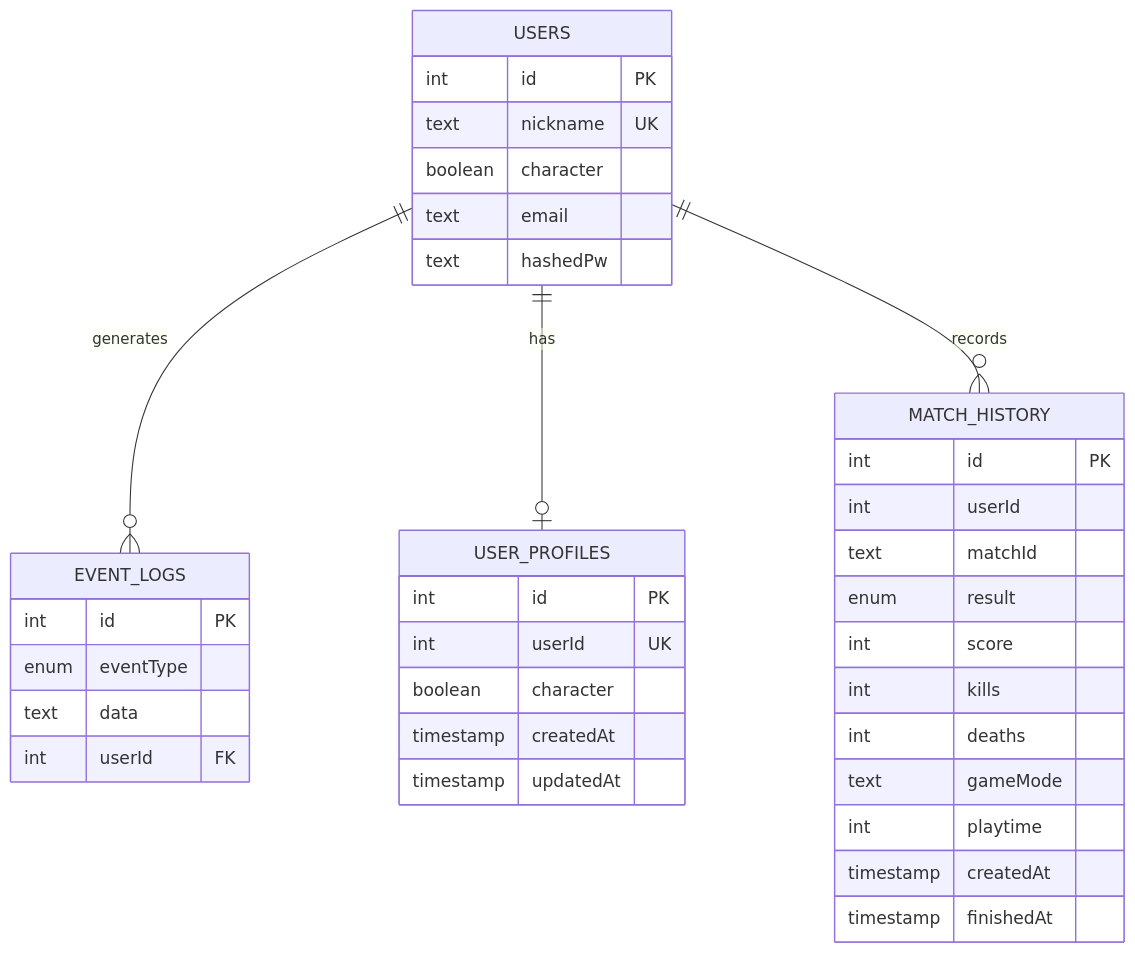
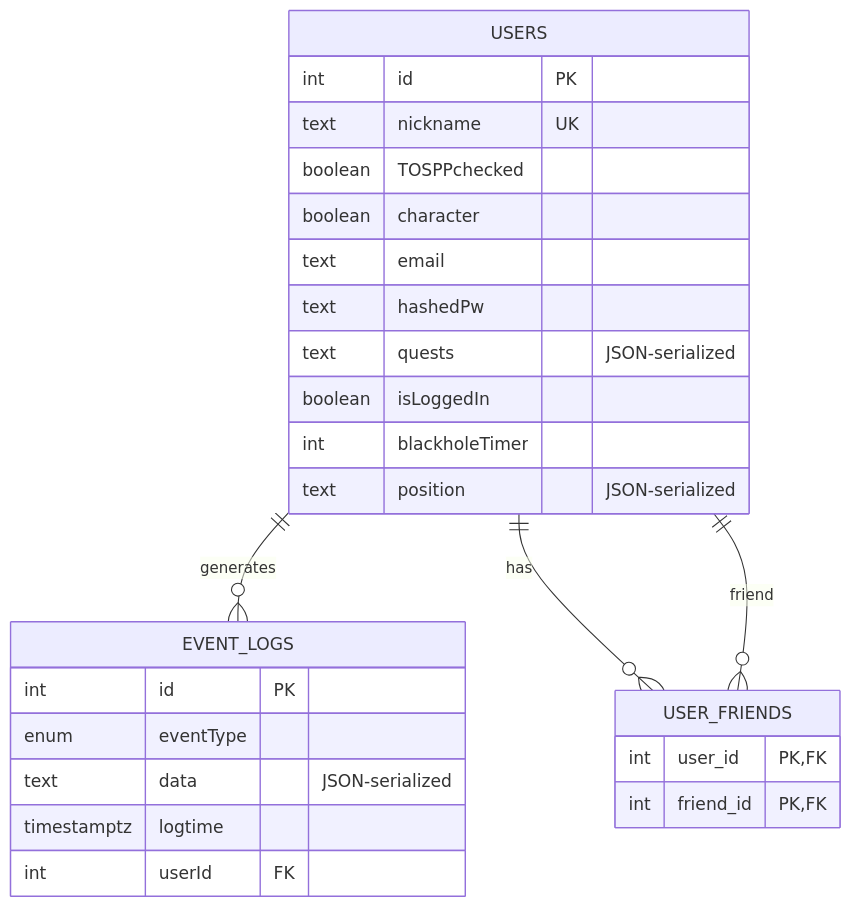
Before and after one commit to mofrim/42-transcendence: the diagram in README.md, drawn with Mermaid. The commit also changed other lines of this file, not shown here.

Commit message:
docs: README, Database Visualisation, game instruction & Moduls

````diff
--- a/README.md
+++ b/README.md
@@ -442,43 +541,32 @@
 ```mermaid
 erDiagram
     USERS ||--o{ EVENT_LOGS : generates
-    USERS ||--o| USER_PROFILES : has
-    USERS ||--o{ MATCH_HISTORY : records
+    USERS ||--o{ USER_FRIENDS : has
+    USERS ||--o{ USER_FRIENDS : friend
 
     USERS {
         int id PK
         text nickname UK
+        boolean TOSPPchecked
         boolean character
         text email
         text hashedPw
+        text quests "JSON-serialized"
+        boolean isLoggedIn
+        int blackholeTimer
+        text position "JSON-serialized"
     }
 
     EVENT_LOGS {
         int id PK
         enum eventType
-        text data
+        text data "JSON-serialized"
+        timestamptz logtime
         int userId FK
     }
 
-    USER_PROFILES {
-        int id PK
-        int userId UK
-        boolean character
-        timestamp createdAt
-        timestamp updatedAt
-    }
-
-    MATCH_HISTORY {
-        int id PK
-        int userId
-        text matchId
-        enum result
-        int score
-        int kills
-        int deaths
-        text gameMode
-        int playtime
-        timestamp createdAt
-        timestamp finishedAt
+    USER_FRIENDS {
+        int user_id PK, FK
+        int friend_id PK, FK
     }
 ```
````
